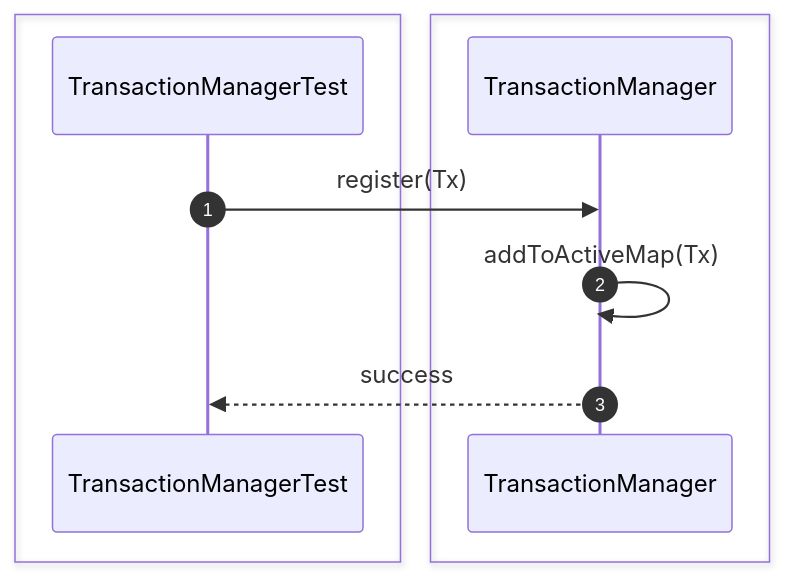
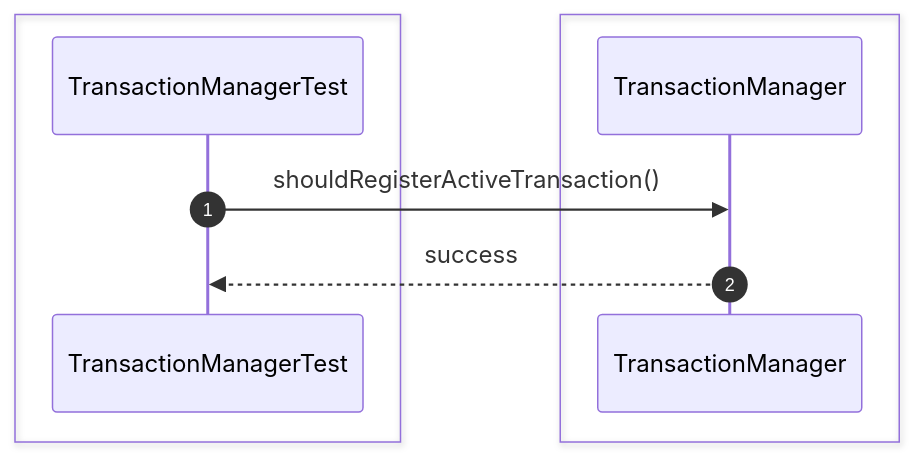
Before and after one commit to Huy1801214/dbms-architecture: the seventh of 54 diagrams in src/sequence/transaction.md, drawn with Mermaid. The commit also changed other lines of this file and 68 other files, not shown here.

Commit message:
implement comprehensive unit test suite and architectural sequence documentation

````diff
--- a/src/sequence/transaction.md
+++ b/src/sequence/transaction.md
@@ -118,15 +96,13 @@
 ```mermaid
 sequenceDiagram
     autonumber
-
     box #e1f5fe Test Suite
     participant Test as TransactionManagerTest
     end
-    box #ffebee Transaction Components
-    participant Manager as TransactionManager
+    box #ffebee TransactionManager Component
+    participant TM as TransactionManager
     end
 
-    Test->>Manager: register(Tx)
-    Manager->>Manager: addToActiveMap(Tx)
-    Manager-->>Test: success
+    Test->>TM: shouldRegisterActiveTransaction()
+    TM-->>Test: success
 ```
````
